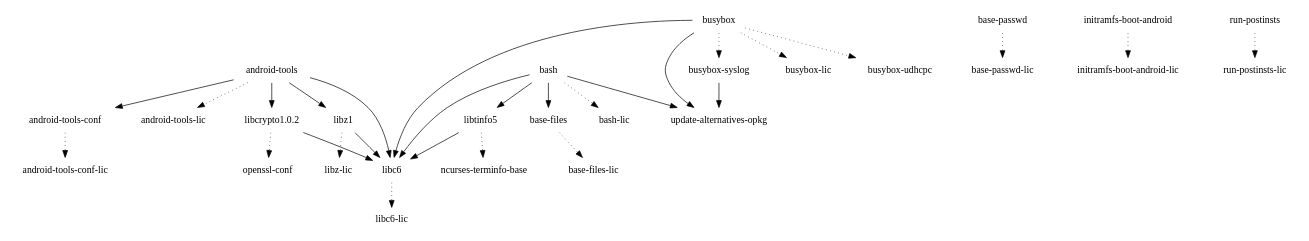
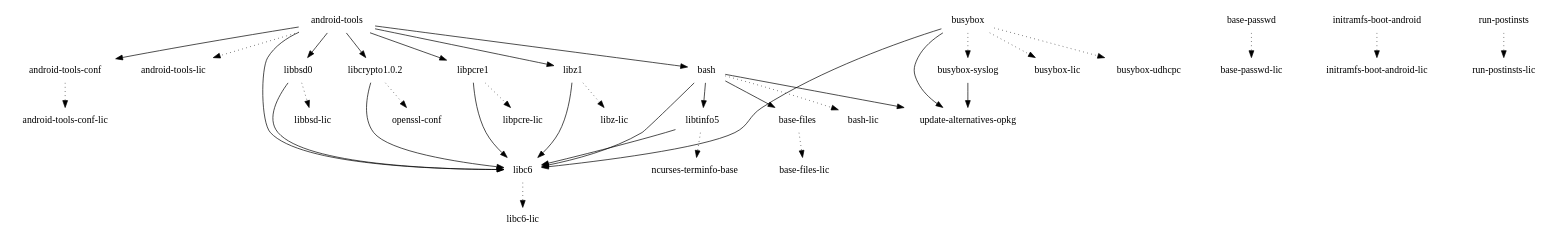
Before and after one commit to webOS-ports/buildhistory: the diagram in images/hammerhead/glibc/initramfs-android-image/depends.dot, drawn with Graphviz. The commit also changed 24 other files, not shown here.

```diff
--- a/images/hammerhead/glibc/initramfs-android-image/depends.dot
+++ b/images/hammerhead/glibc/initramfs-android-image/depends.dot
@@ -1,31 +1,38 @@
 digraph depends {
     node [shape=plaintext]
 "android-tools" -> "android-tools-conf"
 "android-tools" -> "android-tools-lic" [style=dotted]
+"android-tools" -> "bash"
 "android-tools-conf" -> "android-tools-conf-lic" [style=dotted]
+"android-tools" -> "libbsd0"
 "android-tools" -> "libc6"
 "android-tools" -> "libcrypto1.0.2"
+"android-tools" -> "libpcre1"
 "android-tools" -> "libz1"
 "base-files" -> "base-files-lic" [style=dotted]
 "base-passwd" -> "base-passwd-lic" [style=dotted]
 "bash" -> "base-files"
 "bash" -> "bash-lic" [style=dotted]
 "bash" -> "libc6"
 "bash" -> "libtinfo5"
 "bash" -> "update-alternatives-opkg"
 "busybox" -> "busybox-lic" [style=dotted]
 "busybox" -> "busybox-syslog" [style=dotted]
 "busybox" -> "busybox-udhcpc" [style=dotted]
 "busybox" -> "libc6"
 "busybox-syslog" -> "update-alternatives-opkg"
 "busybox" -> "update-alternatives-opkg"
 "initramfs-boot-android" -> "initramfs-boot-android-lic" [style=dotted]
+"libbsd0" -> "libbsd-lic" [style=dotted]
+"libbsd0" -> "libc6"
 "libc6" -> "libc6-lic" [style=dotted]
 "libcrypto1.0.2" -> "libc6"
 "libcrypto1.0.2" -> "openssl-conf" [style=dotted]
+"libpcre1" -> "libc6"
+"libpcre1" -> "libpcre-lic" [style=dotted]
 "libtinfo5" -> "libc6"
 "libtinfo5" -> "ncurses-terminfo-base" [style=dotted]
 "libz1" -> "libc6"
 "libz1" -> "libz-lic" [style=dotted]
 "run-postinsts" -> "run-postinsts-lic" [style=dotted]
 }
```
